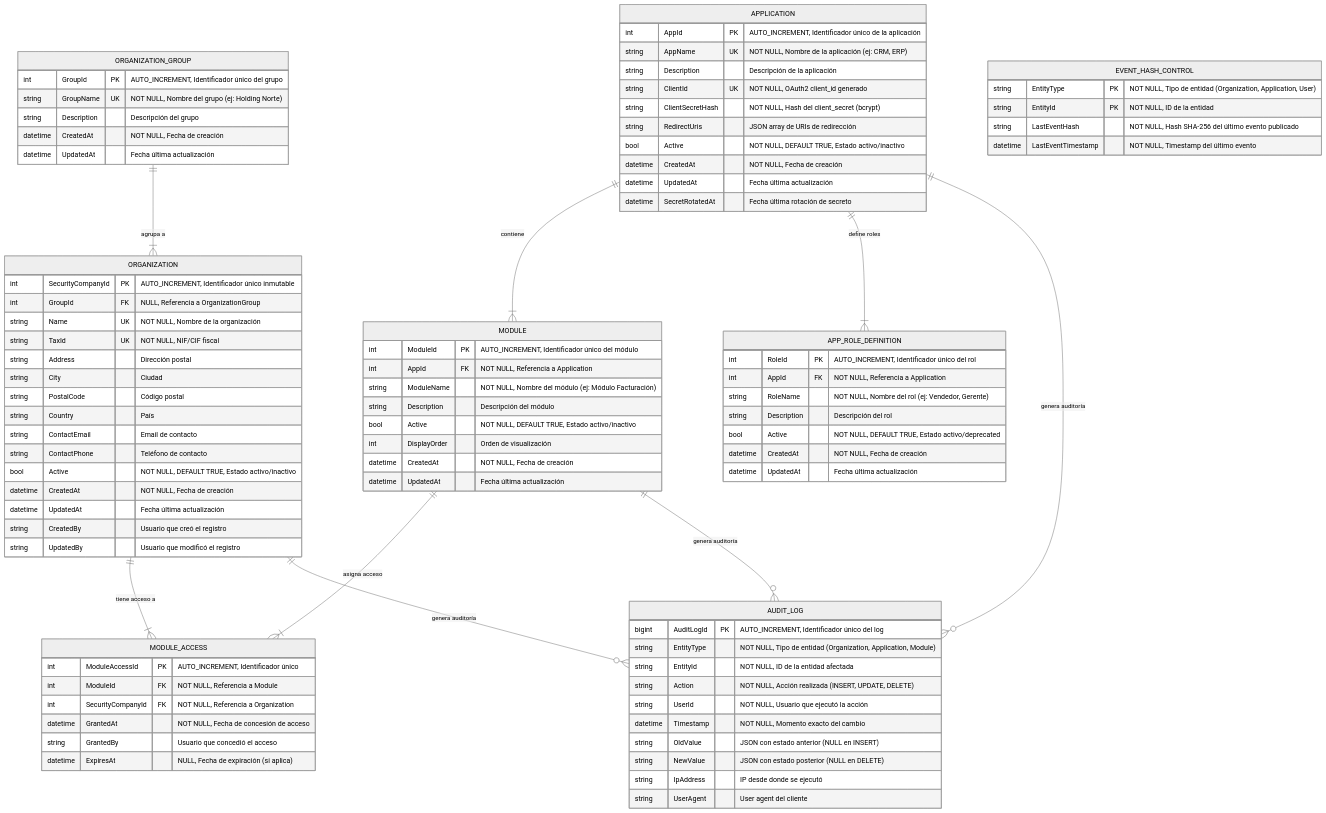
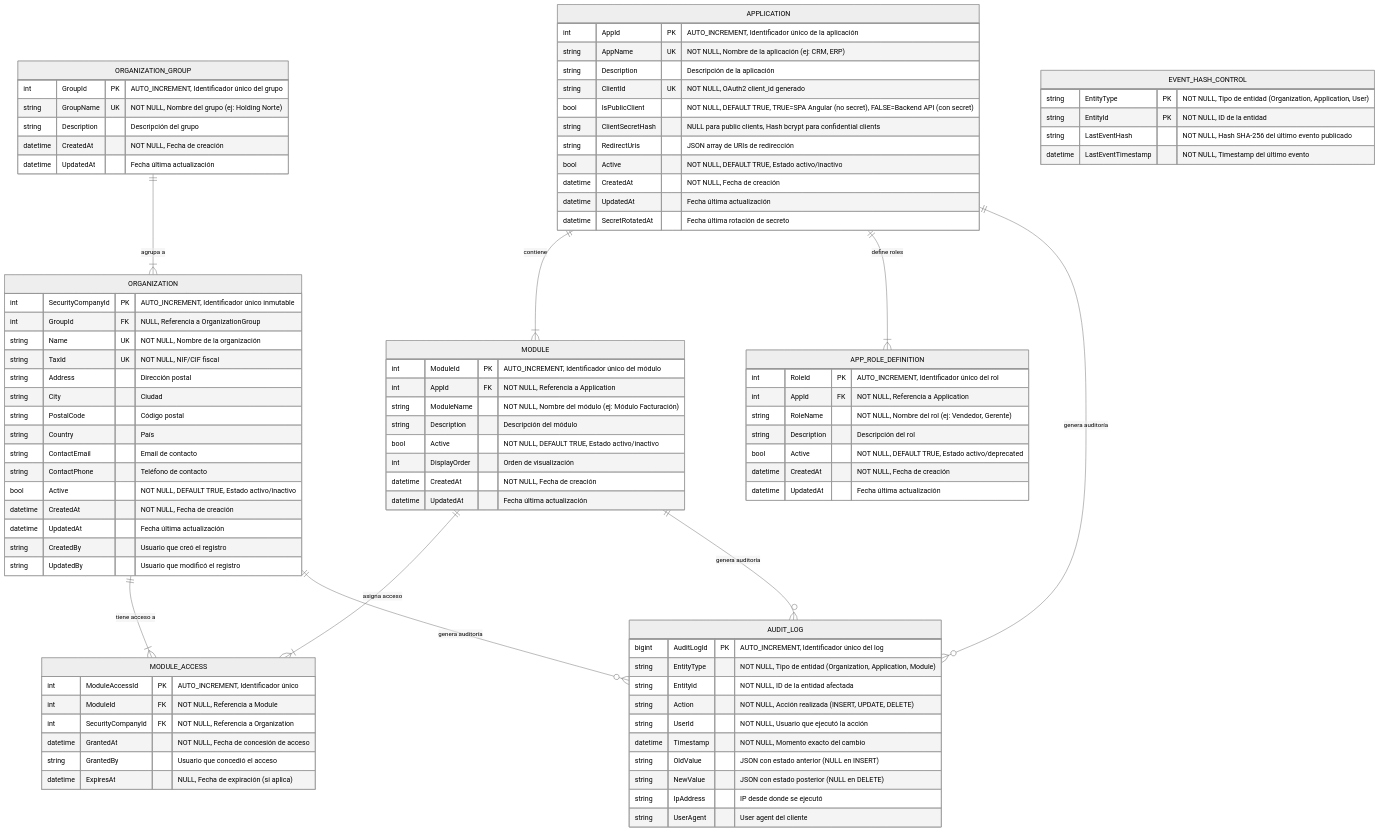
One commit to malbert-infoport/AI4Devs changed the second of 2 diagrams in readme.md. Above: the diagram before and after it, drawn with Mermaid (neutral theme). The commit also changed other lines of this file and 1 other file, not shown here.

```diff
--- a/readme.md
+++ b/readme.md
@@ -1006,7 +1522,8 @@
         string AppName UK "NOT NULL, Nombre de la aplicación (ej: CRM, ERP)"
         string Description "Descripción de la aplicación"
         string ClientId UK "NOT NULL, OAuth2 client_id generado"
-        string ClientSecretHash "NOT NULL, Hash del client_secret (bcrypt)"
+        bool IsPublicClient "NOT NULL, DEFAULT TRUE, TRUE=SPA Angular (no secret), FALSE=Backend API (con secret)"
+        string ClientSecretHash "NULL para public clients, Hash bcrypt para confidential clients"
         string RedirectUris "JSON array de URIs de redirección"
         bool Active "NOT NULL, DEFAULT TRUE, Estado activo/inactivo"
         datetime CreatedAt "NOT NULL, Fecha de creación"
```
